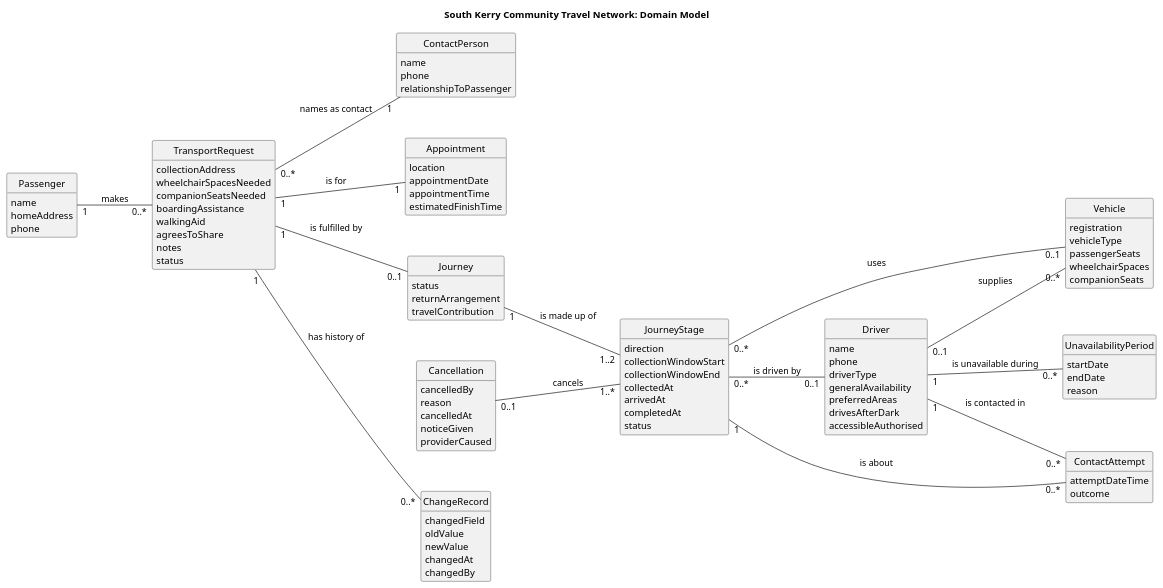
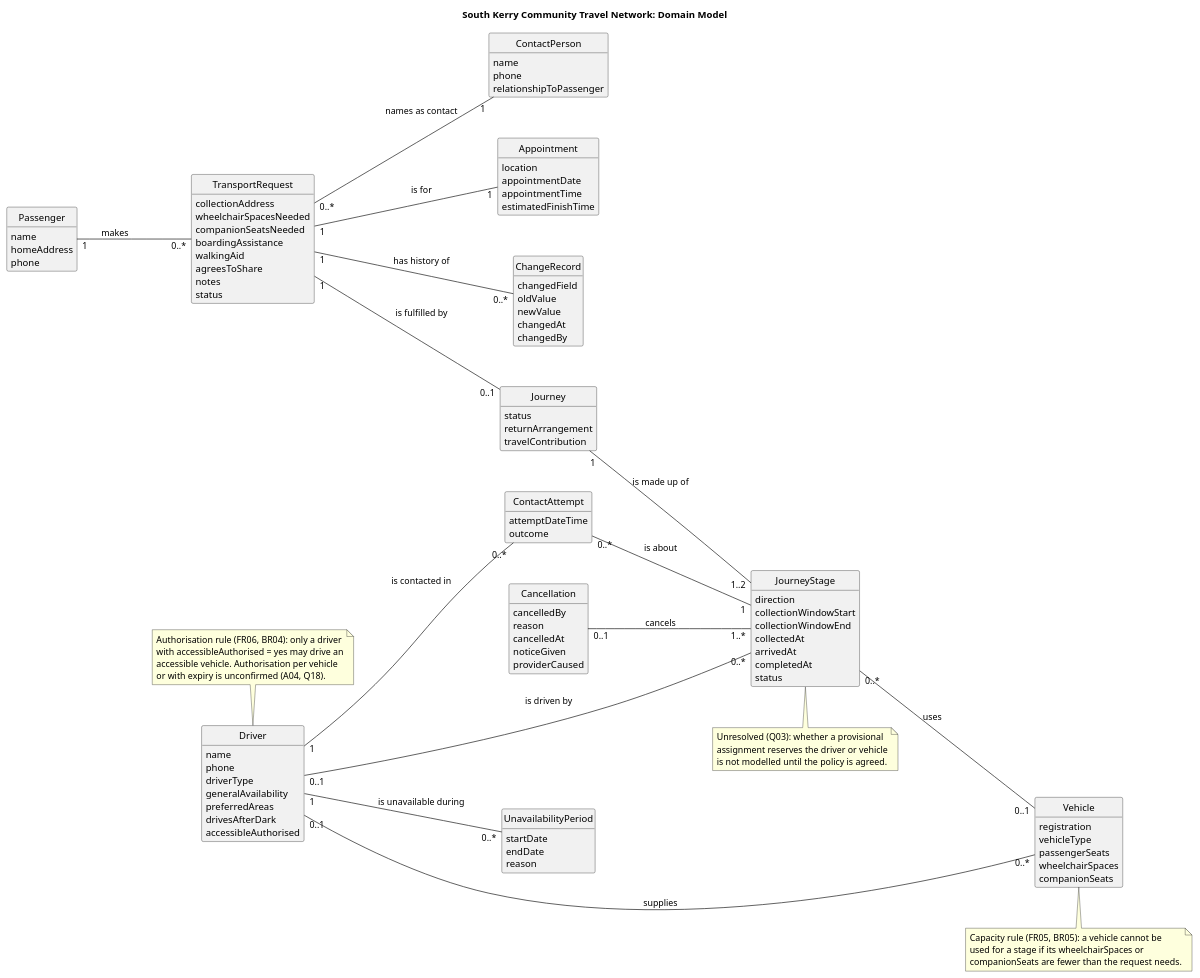
Before and after one commit to isabellelynch/RuralHealthAppointmentTransportService: the diagram in diagrams/domain-model.puml, drawn with PlantUML. The commit also changed 4 other files, not shown here.

Commit message:
Fixed diagrams

```diff
--- a/diagrams/domain-model.puml
+++ b/diagrams/domain-model.puml
@@ -1,116 +1,135 @@
 @startuml domain-model
 left to right direction
 hide methods
 hide circle
 skinparam classAttributeIconSize 0
 skinparam shadowing false
 skinparam nodesep 60
 skinparam ranksep 70
 
 title South Kerry Community Travel Network: Domain Model
 
 class Passenger {
   name
   homeAddress
   phone
 }
 
 class ContactPerson {
   name
   phone
   relationshipToPassenger
 }
 
 class TransportRequest {
   collectionAddress
   wheelchairSpacesNeeded
   companionSeatsNeeded
   boardingAssistance
   walkingAid
   agreesToShare
   notes
   status
 }
 
 class Appointment {
   location
   appointmentDate
   appointmentTime
   estimatedFinishTime
 }
 
 class Journey {
   status
   returnArrangement
   travelContribution
 }
 
 class JourneyStage {
   direction
   collectionWindowStart
   collectionWindowEnd
   collectedAt
   arrivedAt
   completedAt
   status
 }
 
 class Driver {
   name
   phone
   driverType
   generalAvailability
   preferredAreas
   drivesAfterDark
   accessibleAuthorised
 }
 
 class Vehicle {
   registration
   vehicleType
   passengerSeats
   wheelchairSpaces
   companionSeats
 }
 
 class ContactAttempt {
   attemptDateTime
   outcome
 }
 
 class ChangeRecord {
   changedField
   oldValue
   newValue
   changedAt
   changedBy
 }
 
 class Cancellation {
   cancelledBy
   reason
   cancelledAt
   noticeGiven
   providerCaused
 }
 
 class UnavailabilityPeriod {
   startDate
   endDate
   reason
 }
 
 Passenger "1" -- "0..*" TransportRequest : makes
 TransportRequest "0..*" -- "1" ContactPerson : names as contact
 TransportRequest "1" -- "1" Appointment : is for
 TransportRequest "1" -- "0..1" Journey : is fulfilled by
 TransportRequest "1" -- "0..*" ChangeRecord : has history of
 Journey "1" -- "1..2" JourneyStage : is made up of
 JourneyStage "0..*" -- "0..1" Driver : is driven by
 JourneyStage "0..*" -- "0..1" Vehicle : uses
 Driver "0..1" -- "0..*" Vehicle : supplies
 Driver "1" -- "0..*" ContactAttempt : is contacted in
 ContactAttempt "0..*" -- "1" JourneyStage : is about
 Cancellation "0..1" -- "1..*" JourneyStage : cancels
 Driver "1" -- "0..*" UnavailabilityPeriod : is unavailable during
+
+note bottom of Vehicle
+  Capacity rule (FR05, BR05): a vehicle cannot be
+  used for a stage if its wheelchairSpaces or
+  companionSeats are fewer than the request needs.
+end note
+
+note top of Driver
+  Authorisation rule (FR06, BR04): only a driver
+  with accessibleAuthorised = yes may drive an
+  accessible vehicle. Authorisation per vehicle
+  or with expiry is unconfirmed (A04, Q18).
+end note
+
+note bottom of JourneyStage
+  Unresolved (Q03): whether a provisional
+  assignment reserves the driver or vehicle
+  is not modelled until the policy is agreed.
+end note
 @enduml
```
